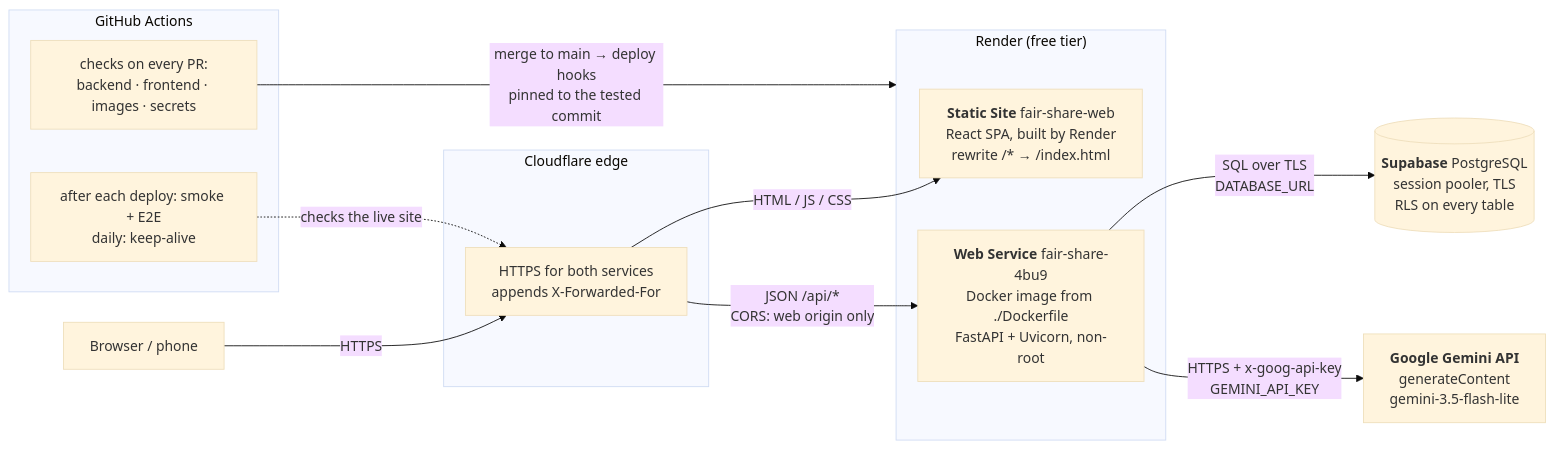
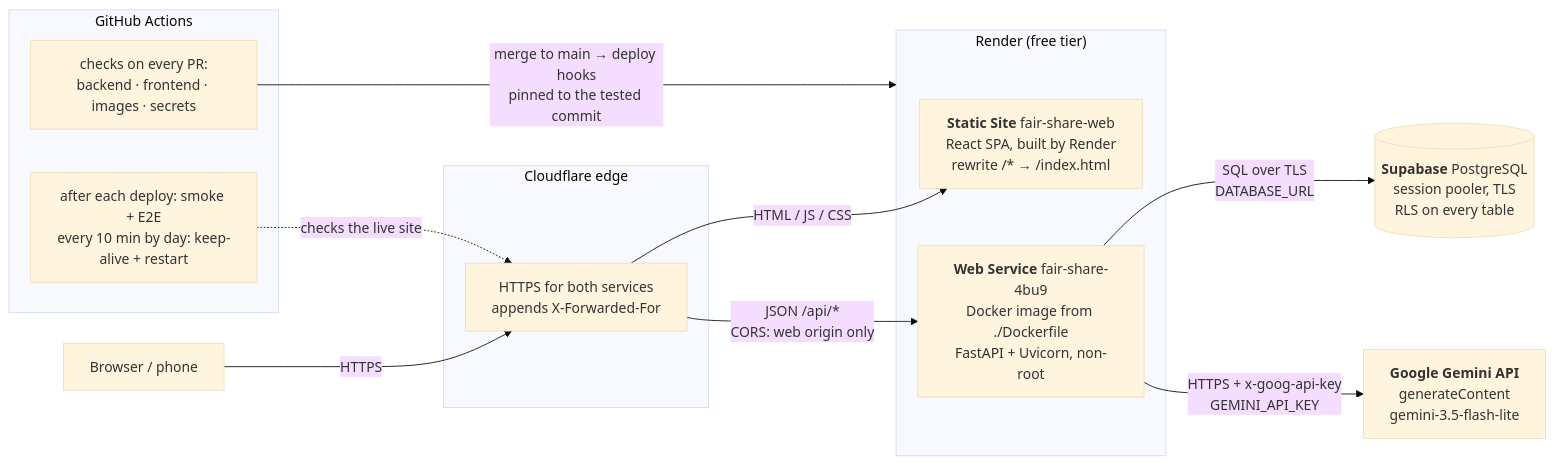
Before and after one commit to NeitLN/Fair-Share: the first of 5 diagrams in docs/ARCHITECTURE.md, drawn with Mermaid (base theme). The commit also changed 5 other files, not shown here.

First line of the commit message:
ci: keep the live API awake by day and restart it when it hangs

````diff
--- a/docs/ARCHITECTURE.md
+++ b/docs/ARCHITECTURE.md
@@ -16,29 +16,29 @@
 ```mermaid
 flowchart LR
     U["Browser / phone"]
 
     subgraph CF["Cloudflare edge"]
         EDGE["HTTPS for both services<br/>appends X-Forwarded-For"]
     end
 
     subgraph Render["Render (free tier)"]
         WEB["<b>Static Site</b> fair-share-web<br/>React SPA, built by Render<br/>rewrite /* → /index.html"]
         API["<b>Web Service</b> fair-share-4bu9<br/>Docker image from ./Dockerfile<br/>FastAPI + Uvicorn, non-root"]
     end
 
     DB[("<b>Supabase</b> PostgreSQL<br/>session pooler, TLS<br/>RLS on every table")]
     AI["<b>Google Gemini API</b><br/>generateContent<br/>gemini-3.5-flash-lite"]
 
     subgraph GH["GitHub Actions"]
         CI["checks on every PR:<br/>backend · frontend · images · secrets"]
-        POST["after each deploy: smoke + E2E<br/>daily: keep-alive"]
+        POST["after each deploy: smoke + E2E<br/>every 10 min by day: keep-alive + restart"]
     end
 
     U -- "HTTPS" --> EDGE
     EDGE -- "HTML / JS / CSS" --> WEB
     EDGE -- "JSON /api/*<br/>CORS: web origin only" --> API
     API -- "SQL over TLS<br/>DATABASE_URL" --> DB
     API -- "HTTPS + x-goog-api-key<br/>GEMINI_API_KEY" --> AI
     CI -- "merge to main → deploy hooks<br/>pinned to the tested commit" --> Render
     POST -. "checks the live site" .-> EDGE
 ```
````
